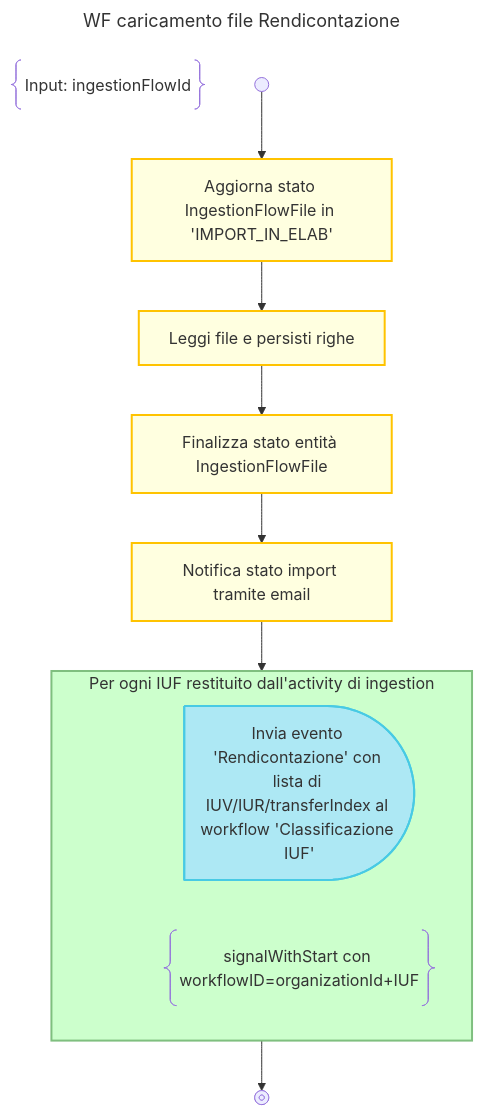
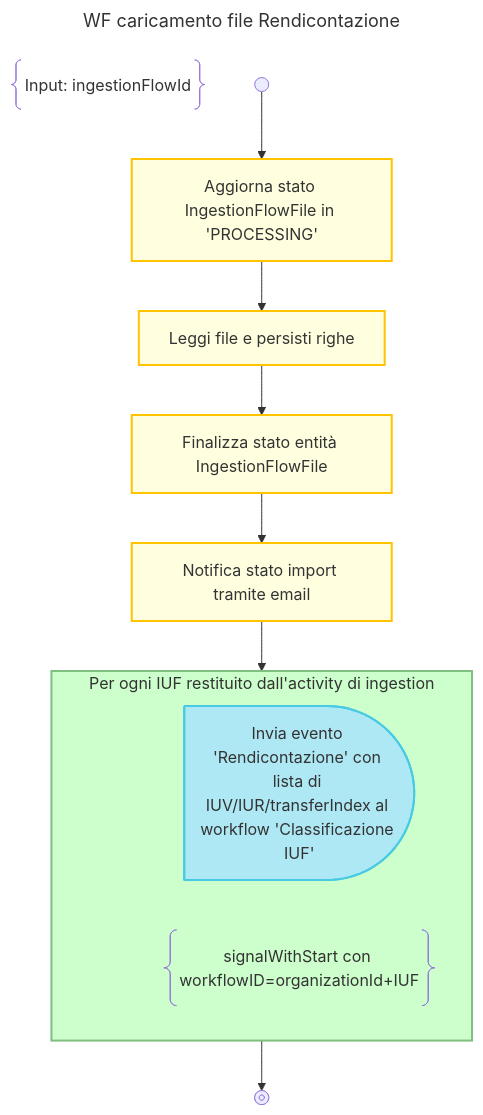
The diagram in design/workflow/classificazioneIncassi/03.rendicontazione-ingestion.mmd (pagopa/p4pa-doc), drawn with Mermaid before and after one commit. The commit also changed 9 other files, not shown here.

Commit message:
ingestionFlowFile status updated on classificazione WF diagrams

```diff
--- a/design/workflow/classificazioneIncassi/03.rendicontazione-ingestion.mmd
+++ b/design/workflow/classificazioneIncassi/03.rendicontazione-ingestion.mmd
@@ -1,30 +1,30 @@
 ---
 title: WF caricamento file Rendicontazione
 ---
 flowchart TD
     DESCRIPTION@{ shape: braces, label: "Input: ingestionFlowId" }
     START@{shape: start} -->
-    UPDATE_STATUS_INELAB:::activity@{label: "Aggiorna stato IngestionFlowFile in 'IMPORT_IN_ELAB'"} -->
+    UPDATE_STATUS_INELAB:::activity@{label: "Aggiorna stato IngestionFlowFile in 'PROCESSING'"} -->
     INGESTION:::activity@{label: "Leggi file e persisti righe"} -->
     UPDATE_STATUS_COMPLETE:::activity@{label: "Finalizza stato entità IngestionFlowFile"} -->
     SEND_EMAIL:::activity@{label: "Notifica stato import tramite email"} -->
 
     LOOP
 
     subgraph LOOP["Per ogni IUF restituito dall'activity di ingestion"]
 
         %% dummy block added to have an empty line
         DUMMY:::disable-->SIGNAL
         linkStyle 5 display:none;
 
         SIGNAL:::send-signal@{shape: delay, label: "Invia evento 'Rendicontazione' con lista di IUV/IUR/transferIndex al workflow 'Classificazione IUF'"}
         NOTE@{ shape: braces, label: "signalWithStart con workflowID=organizationId+IUF" }
     end
 
     LOOP --> END@{shape: stop}
     class LOOP loop
 
     classDef disable display:none;
     classDef activity fill:#FFFFE0, stroke:#ffc300, stroke-width:2px;
     classDef loop fill:#CCFFCC, stroke:#7FBF7F, stroke-width:2px, padding-bottom: 5px;
     classDef send-signal fill:#ade8f4, stroke:#48cae4, stroke-width:2px
```
